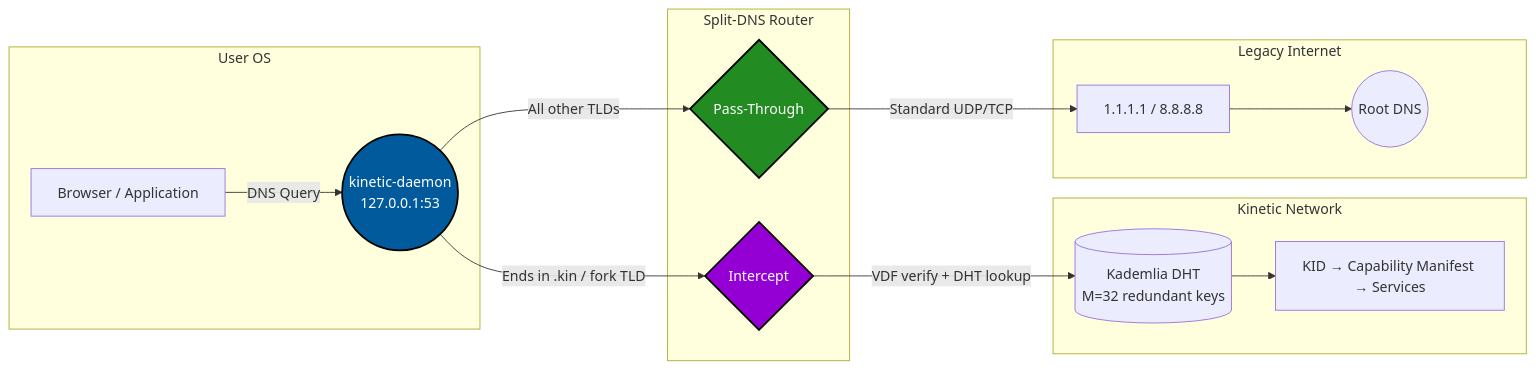
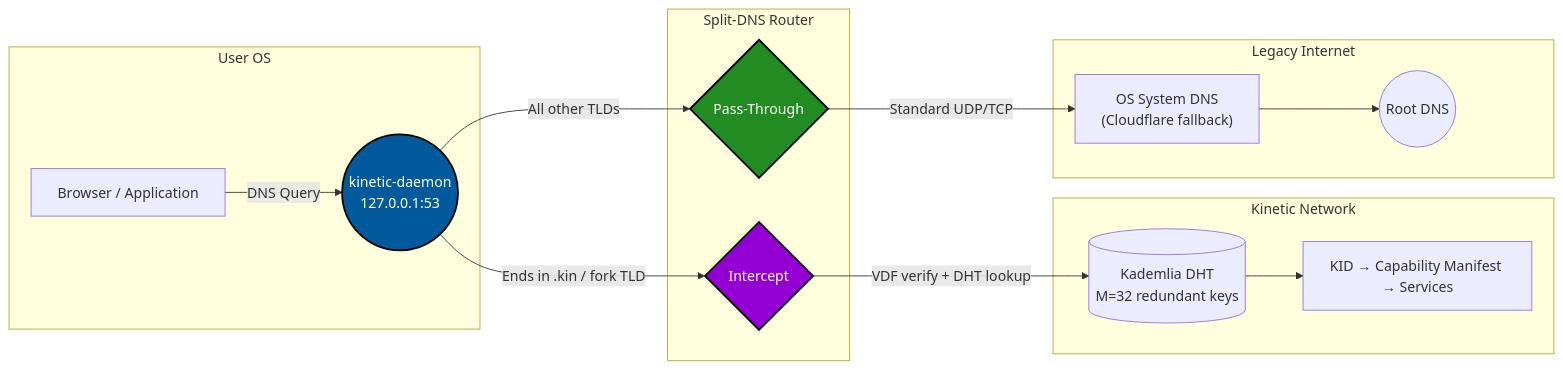
One commit to saifmukhtar/kinetic changed the diagram in README.md. Above: the diagram before and after it, drawn with Mermaid. The commit also changed 2 other files, not shown here.

Commit message:
fix: DNS forwards to OS system resolver (not hardcoded 1.1.1.1); invert logo to colored geometry on transparent background

````diff
--- a/README.md
+++ b/README.md
@@ -134,27 +134,27 @@
 ```mermaid
 graph LR
     subgraph "User OS"
         App["Browser / Application"]
         Daemon(("kinetic-daemon\n127.0.0.1:53"))
         App -->|DNS Query| Daemon
     end
 
     subgraph "Split-DNS Router"
         Daemon -->|"Ends in .kin / fork TLD"| Intercept{"Intercept"}
         Daemon -->|"All other TLDs"| Pass{"Pass-Through"}
     end
 
     subgraph "Kinetic Network"
         Intercept -->|"VDF verify + DHT lookup"| DHT[("Kademlia DHT\nM=32 redundant keys")]
         DHT --> KID["KID → Capability Manifest → Services"]
     end
 
     subgraph "Legacy Internet"
-        Pass -->|"Standard UDP/TCP"| Upstream["1.1.1.1 / 8.8.8.8"]
+        Pass -->|"Standard UDP/TCP"| Upstream["OS System DNS\n(Cloudflare fallback)"]
         Upstream --> Root(("Root DNS"))
     end
 
     style Daemon fill:#005A9C,stroke:#000,stroke-width:2px,color:#fff
     style Intercept fill:#9400D3,stroke:#000,stroke-width:2px,color:#fff
     style Pass fill:#228B22,stroke:#000,stroke-width:2px,color:#fff
 ```
````
